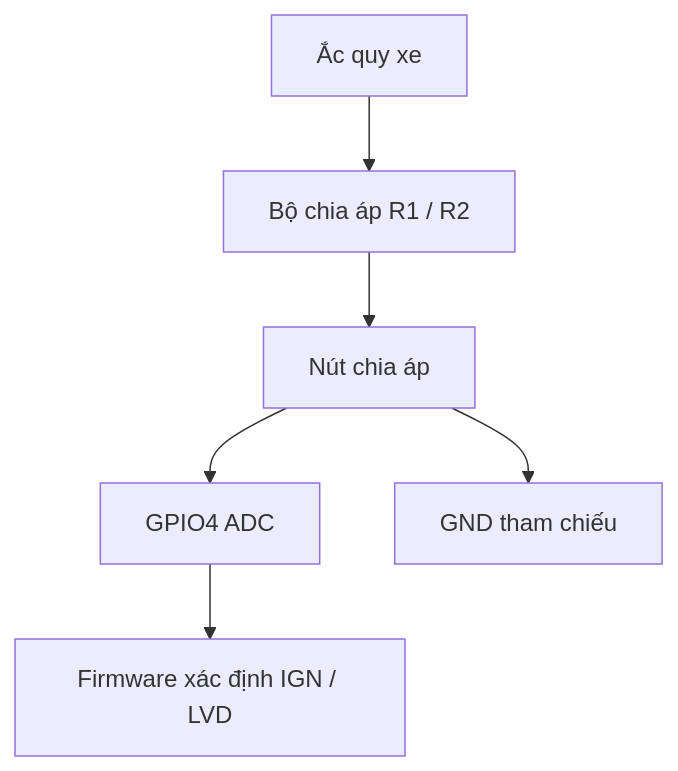
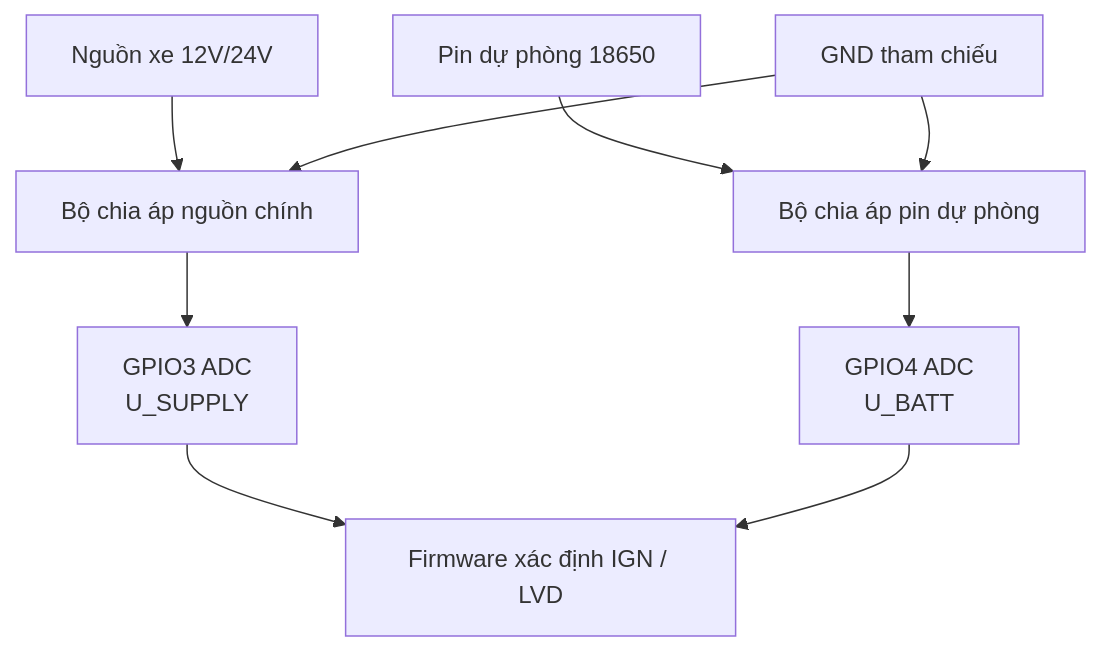
One commit to anmh1205/IoT_Vehicle_Tracking_System changed the diagram in resources/reports/thesis/final/assets/uml/07-chuong-4-trien-khai-hardware-hinh-4-3.mmd. Above: the diagram before and after it, drawn with Mermaid. The commit also changed 219 other files, not shown here.

```diff
--- a/resources/reports/thesis/final/assets/uml/07-chuong-4-trien-khai-hardware-hinh-4-3.mmd
+++ b/resources/reports/thesis/final/assets/uml/07-chuong-4-trien-khai-hardware-hinh-4-3.mmd
@@ -1,6 +1,9 @@
 flowchart TB
-    UBatt["Ắc quy xe"] --> Divider["Bộ chia áp R1 / R2"]
-    Divider --> Node["Nút chia áp"]
-    Node --> ADC["GPIO4 ADC"]
-    Node --> GND["GND tham chiếu"]
-    ADC --> Rule["Firmware xác định IGN / LVD"]
+    Supply["Nguồn xe 12V/24V"] --> Divider1["Bộ chia áp nguồn chính"]
+    Backup["Pin dự phòng 18650"] --> Divider2["Bộ chia áp pin dự phòng"]
+    Divider1 --> ADC1["GPIO3 ADC<br/>U_SUPPLY"]
+    Divider2 --> ADC2["GPIO4 ADC<br/>U_BATT"]
+    ADC1 --> Rule["Firmware xác định IGN / LVD"]
+    ADC2 --> Rule
+    GND["GND tham chiếu"] --> Divider1
+    GND --> Divider2
```
